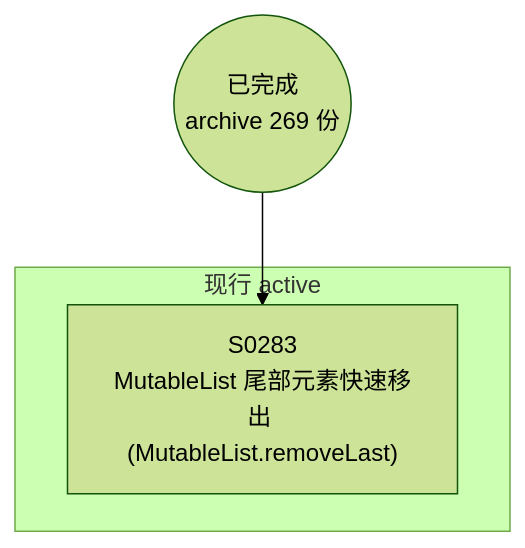
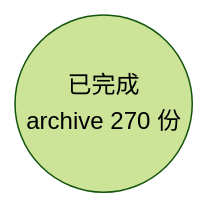
The diagram in docs/specs/dependency-graph.md (Halckon/Koven), drawn with Mermaid (forest theme) before and after one commit. The commit also changed other lines of this file and 7 other files, not shown here.

Commit message:
docs(spec-0283): archive MutableList.removeLast specification (SPEC-0283)

````diff
--- a/docs/specs/dependency-graph.md
+++ b/docs/specs/dependency-graph.md
@@ -9,8 +9,4 @@
 ```mermaid
 flowchart TD
-ARCH(("已完成<br/>archive 269 份"))
-subgraph Gactive["现行 active"]
-  S0283["S0283<br/>MutableList 尾部元素快速移出 (MutableList.removeLast)"]
-end
-ARCH --> S0283
+ARCH(("已完成<br/>archive 270 份"))
 ```
````
